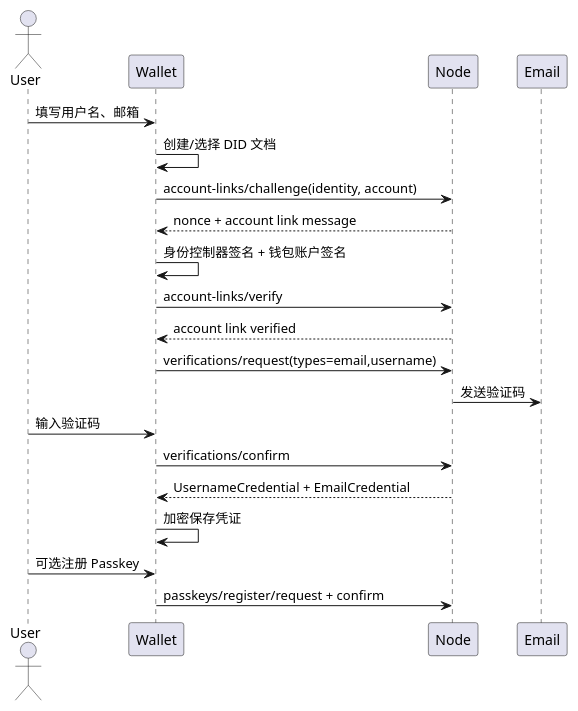
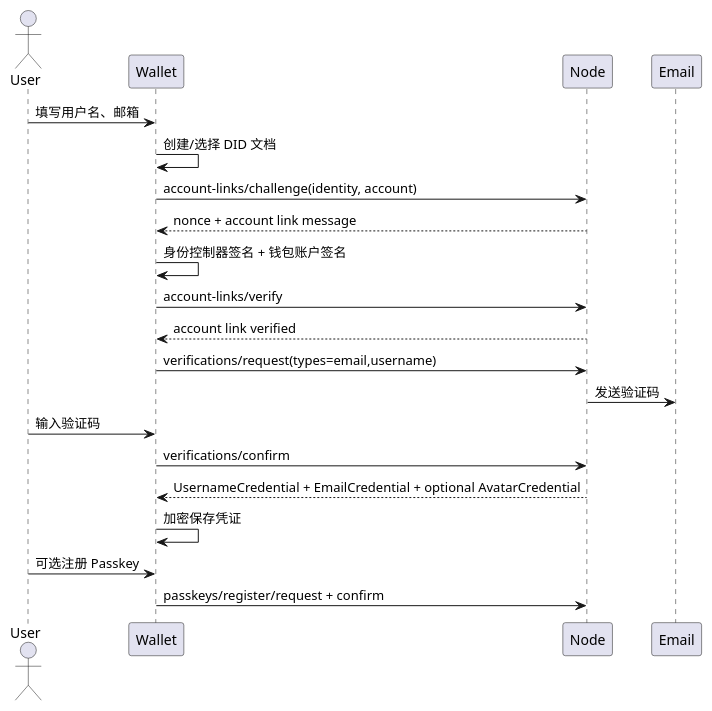
The second of 6 diagrams in docs/钱包身份方案.md (yeying-community/wallet), drawn with PlantUML before and after one commit. The commit also changed other lines of this file and 6 other files, not shown here.

Commit message:
Add avatar identity credential support

````diff
--- a/docs/钱包身份方案.md
+++ b/docs/钱包身份方案.md
@@ -139,24 +140,24 @@
 ```plantuml
 @startuml wallet-identity-verify
 actor User
 participant Wallet
 participant Node
 participant Mail as "Email"
 
 User -> Wallet : 填写用户名、邮箱
 Wallet -> Wallet : 创建/选择 DID 文档
 Wallet -> Node : account-links/challenge(identity, account)
 Node --> Wallet : nonce + account link message
 Wallet -> Wallet : 身份控制器签名 + 钱包账户签名
 Wallet -> Node : account-links/verify
 Node --> Wallet : account link verified
 Wallet -> Node : verifications/request(types=email,username)
 Node -> Mail : 发送验证码
 User -> Wallet : 输入验证码
 Wallet -> Node : verifications/confirm
-Node --> Wallet : UsernameCredential + EmailCredential
+Node --> Wallet : UsernameCredential + EmailCredential + optional AvatarCredential
 Wallet -> Wallet : 加密保存凭证
 User -> Wallet : 可选注册 Passkey
 Wallet -> Node : passkeys/register/request + confirm
 @enduml
 ```
````
